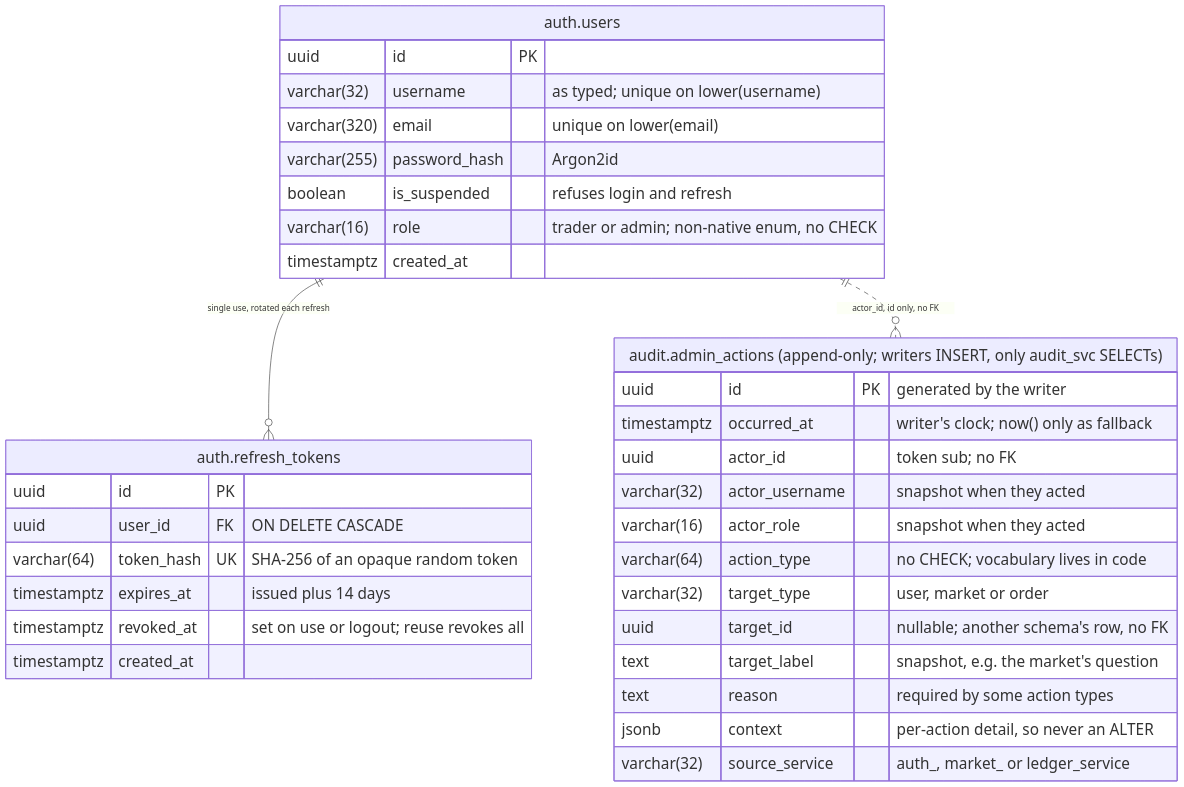
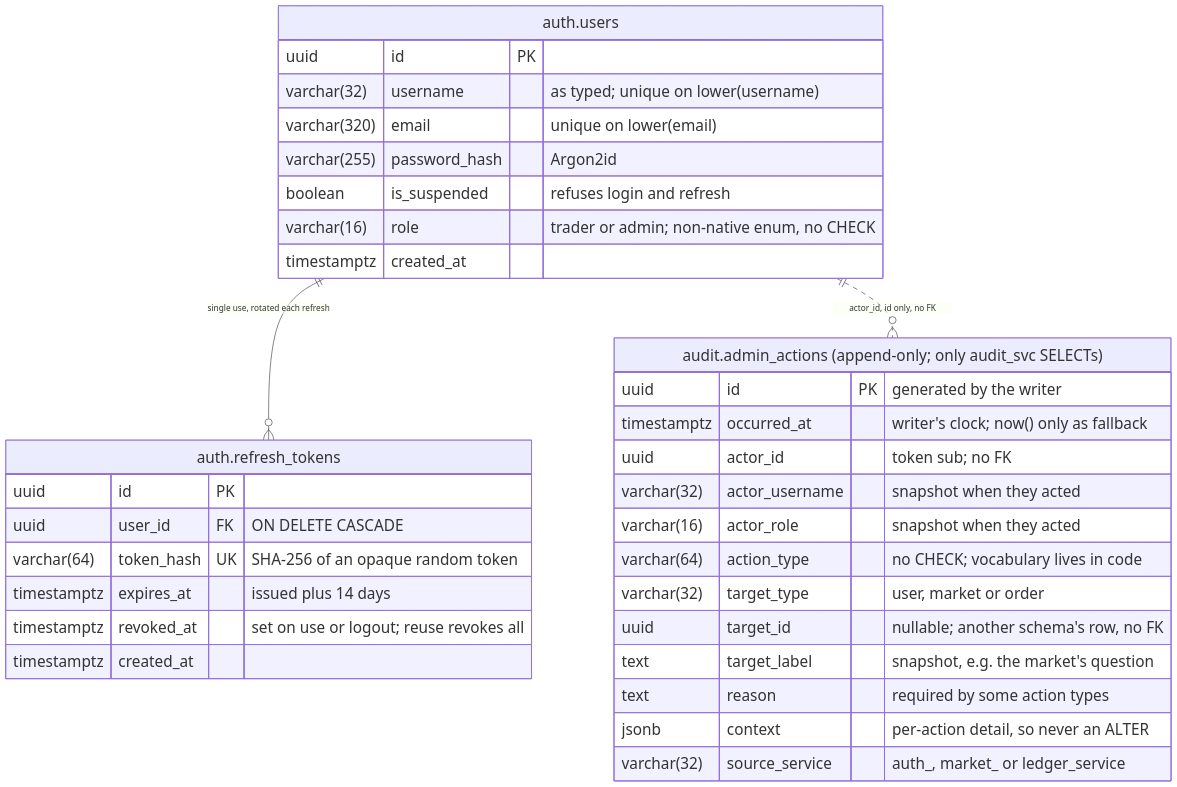
The diagram in docs/diagrams/12-erd-auth-audit.mmd (decker757/CS464), drawn with Mermaid before and after one commit. The commit also changed 1 other file, not shown here.

Commit message:
docs(diagrams): 12 prints at 6.5 pt, and 04's and 08's captions ask for a landscape page
12's audit table title was its widest line; dropping "writers INSERT"
from it narrows the figure enough to reach the 6.5 pt floor at 15.9 cm.
The caption and the trust model (05) still say who may write and read.
04 and 08 print at 5.3 pt on a portrait page, so their captions say so.

```diff
--- a/docs/diagrams/12-erd-auth-audit.mmd
+++ b/docs/diagrams/12-erd-auth-audit.mmd
@@ -1,63 +1,63 @@
 %% 12 — The auth and audit schemas
 %% Drawn from: ADR 0001, ADR 0002, ADR 0003, ADR 0006, ADR 0007,
 %%   backend/auth_service/model/entities.py, backend/auth_service/migrations/versions/0001_baseline.py,
 %%   backend/auth_service/core/security.py, backend/auth_service/service/auth_service.py,
 %%   sql/02-schemas.sql, backend/shared/audit.py, backend/audit_service/model/entities.py
 %% -
 %% Legend
 %%   solid line   a real foreign key (refresh_tokens.user_id, ON DELETE CASCADE)
 %%   dotted line  an id stored with no foreign key; here actor_id, which names
 %%                an auth.users row from a schema audit cannot see. Its
 %%                cardinality is what the writer guarantees (one actor, from
 %%                the token's sub), not what the database enforces.
 %%   Every column is drawn. Types are the Postgres types the migration and
 %%   sql/02-schemas.sql create. audit.admin_actions has no FKs and no CHECKs
 %%   at all: any constraint it could violate would abort the admin action
 %%   it records (ADR 0006).
 %% -
 %% Layout: every quoted label uses non-breaking spaces (U+00A0) so it does not wrap
 %%   (and U+2011 non-breaking hyphens, for the same reason),
 %%   and the init line enlarges text for print, as in 04-erd-overview.
 %%   TB, not LR: auth.users above its two children keeps the figure narrow
 %%   enough for a portrait column (15.9 cm) at 26px text. The init line also
 %%   makes edge labels opaque, since both lines run through their labels.
 %%{init: {"themeVariables": {"fontSize": "26px"}, "themeCSS": ".edgeLabel .label, .edgeLabel p, .edgeLabel span { font-size: 26px !important; } .labelBkg { background-color: #FFFFFF !important; }"}}%%
 erDiagram
     direction TB
 
     auth_users["auth.users"] {
         uuid id PK
         varchar(32) username "as typed; unique on lower(username)"
         varchar(320) email "unique on lower(email)"
         varchar(255) password_hash "Argon2id"
         boolean is_suspended "refuses login and refresh"
         varchar(16) role "trader or admin; non‑native enum, no CHECK"
         timestamptz created_at
     }
 
     auth_refresh_tokens["auth.refresh_tokens"] {
         uuid id PK
         uuid user_id FK "ON DELETE CASCADE"
         varchar(64) token_hash UK "SHA‑256 of an opaque random token"
         timestamptz expires_at "issued plus 14 days"
         timestamptz revoked_at "set on use or logout; reuse revokes all"
         timestamptz created_at
     }
 
-    audit_admin_actions["audit.admin_actions (append‑only; writers INSERT, only audit_svc SELECTs)"] {
+    audit_admin_actions["audit.admin_actions (append‑only; only audit_svc SELECTs)"] {
         uuid id PK "generated by the writer"
         timestamptz occurred_at "writer's clock; now() only as fallback"
         uuid actor_id "token sub; no FK"
         varchar(32) actor_username "snapshot when they acted"
         varchar(16) actor_role "snapshot when they acted"
         varchar(64) action_type "no CHECK; vocabulary lives in code"
         varchar(32) target_type "user, market or order"
         uuid target_id "nullable; another schema's row, no FK"
         text target_label "snapshot, e.g. the market's question"
         text reason "required by some action types"
         jsonb context "per‑action detail, so never an ALTER"
         varchar(32) source_service "auth_, market_ or ledger_service"
     }
 
     auth_users ||--o{ auth_refresh_tokens : "single use, rotated each refresh"
     auth_users ||..o{ audit_admin_actions : "actor_id, id only, no FK"
```
